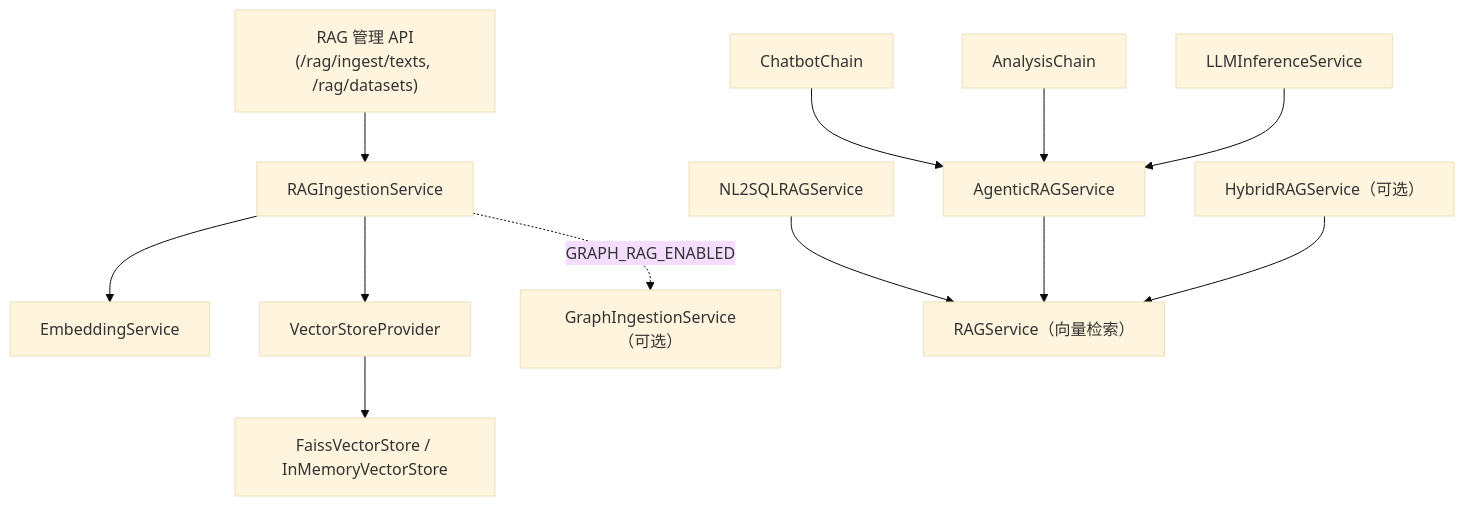
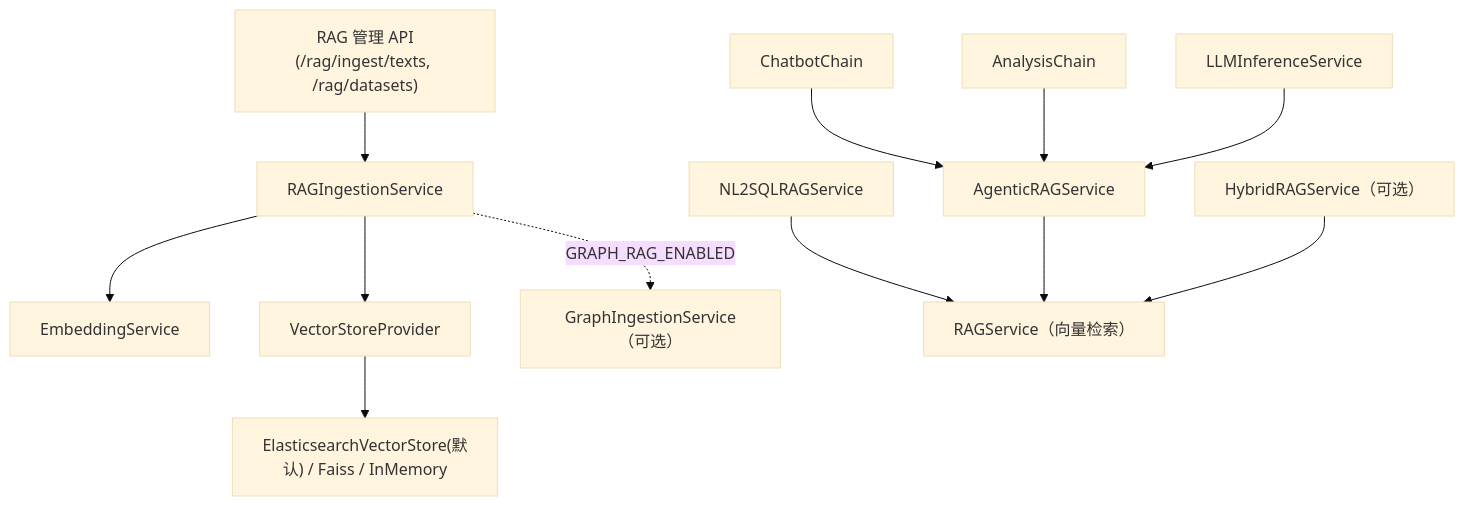
Before and after one commit to gaocf888/models_app_framework: the second of 4 diagrams in framework-guide/RAG整体实现技术说明.md, drawn with Mermaid (base theme). The commit also changed other lines of this file and 93 other files, not shown here.

````diff
--- a/framework-guide/RAG整体实现技术说明.md
+++ b/framework-guide/RAG整体实现技术说明.md
@@ -96,34 +289,34 @@
 ```mermaid
 flowchart TB
     %% 节点定义
     RAGAdmin["RAG 管理 API\n(/rag/ingest/texts, /rag/datasets)"]
     RIS["RAGIngestionService"]
     ES["EmbeddingService"]
     VSP["VectorStoreProvider"]
-    VS["FaissVectorStore / InMemoryVectorStore"]
+    VS["ElasticsearchVectorStore(默认) / Faiss / InMemory"]
     GIS["GraphIngestionService（可选）"]
 
     RS["RAGService（向量检索）"]
     HRS["HybridRAGService（可选）"]
     ARS["AgenticRAGService"]
 
     Chatbot["ChatbotChain"]
     Analysis["AnalysisChain"]
     LLMInf["LLMInferenceService"]
     NL2SQL["NL2SQLRAGService"]
 
     %% 边关系
     RAGAdmin --> RIS
     RIS --> ES
     RIS --> VSP
     VSP --> VS
     RIS -. GRAPH_RAG_ENABLED .-> GIS
 
     Chatbot --> ARS
     Analysis --> ARS
     LLMInf --> ARS
     NL2SQL --> RS
 
     ARS --> RS
     HRS --> RS
 ```
````
